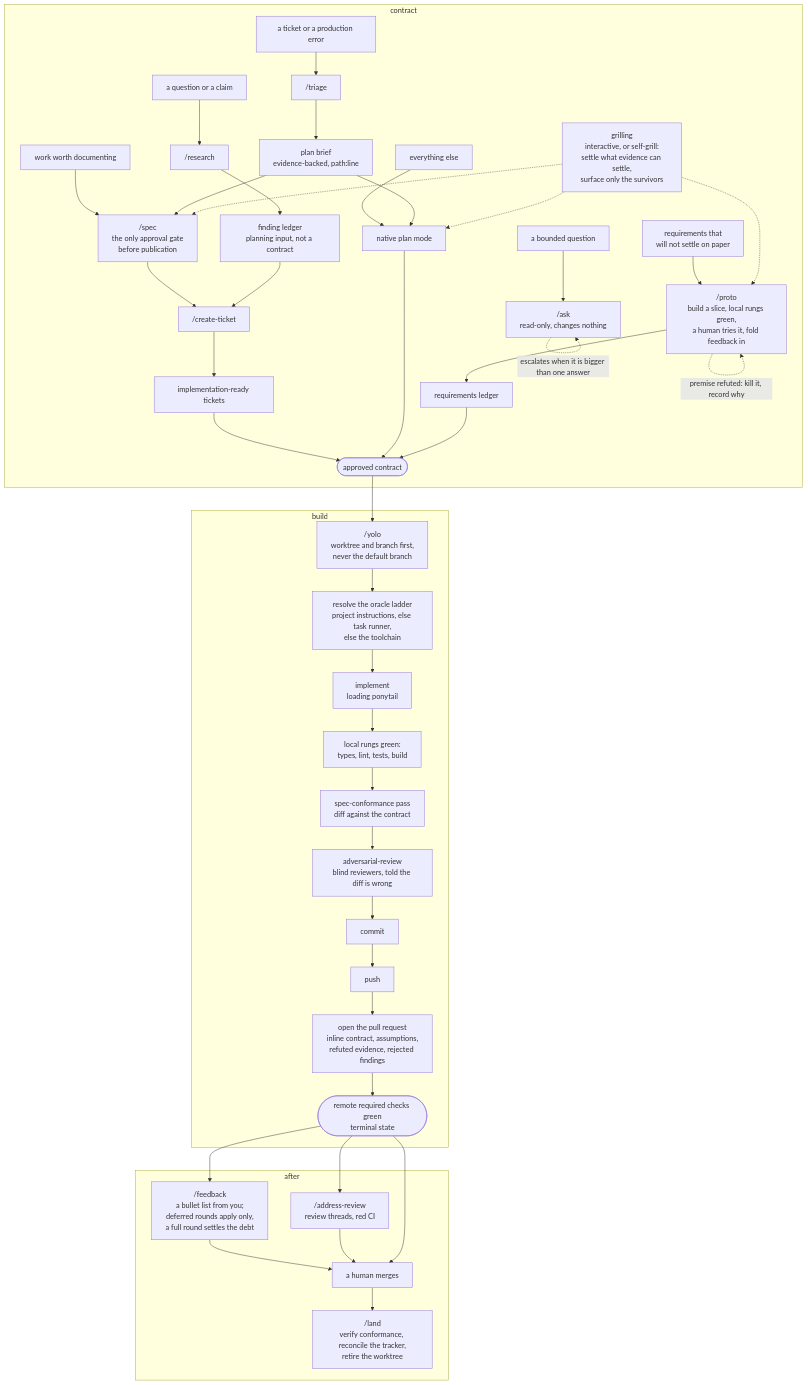
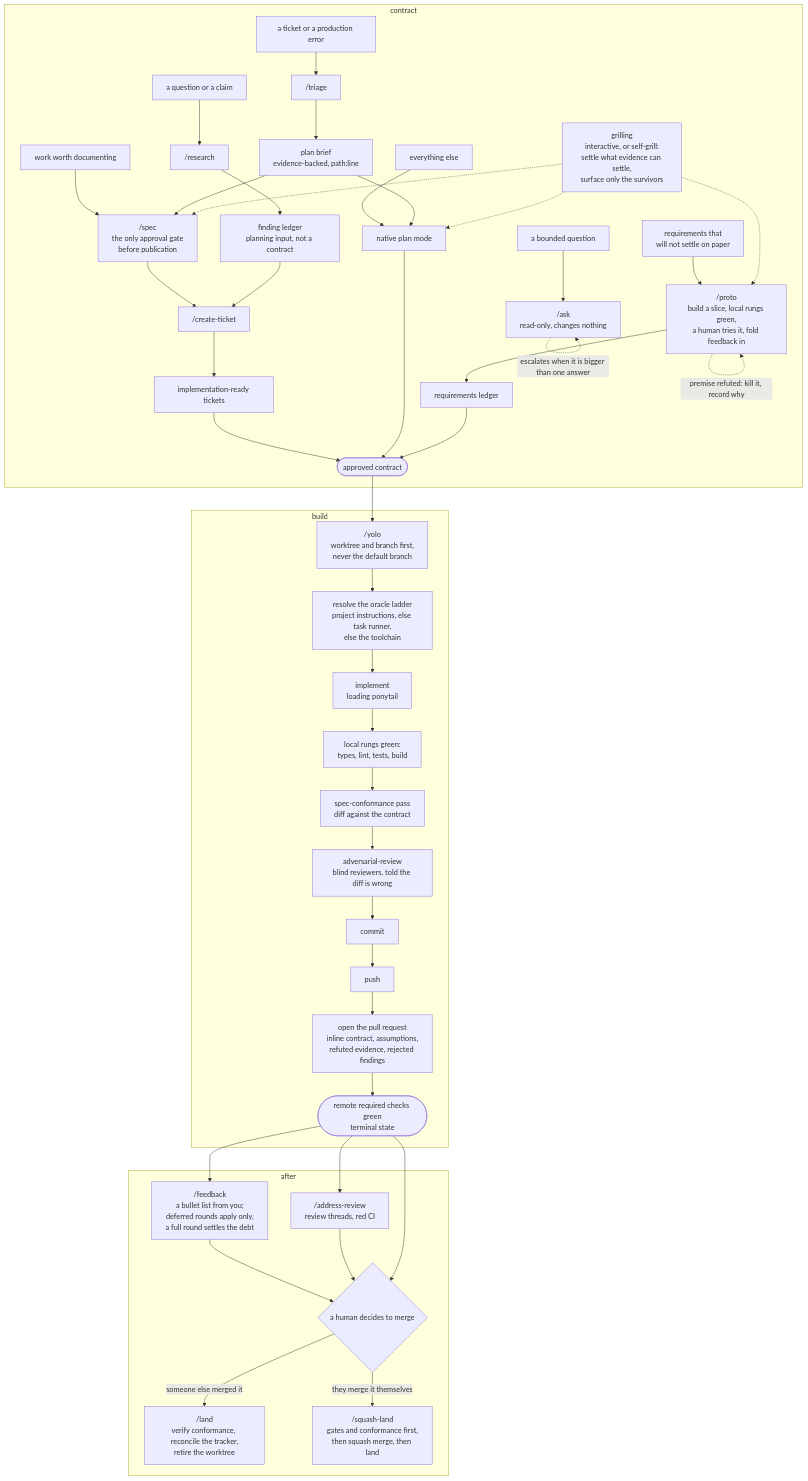
The first of 2 diagrams in harness/README.md (jvillegasd/harness), drawn with Mermaid before and after one commit. The commit also changed other lines of this file and 6 other files, not shown here.

First line of the commit message:
refactor: one status line file per provider, plus the /squash-land command (#11)

````diff
--- a/harness/README.md
+++ b/harness/README.md
@@ -17,55 +17,56 @@
 ```mermaid
 flowchart TD
     subgraph CONTRACT["contract"]
         ask_in["a bounded question"] --> ask["/ask<br>read-only, changes nothing"]
         ask -.->|escalates when it is bigger than one answer| ask
 
         research_in["a question or a claim"] --> research["/research"]
         research --> ledger["finding ledger<br>planning input, not a contract"]
 
         triage_in["a ticket or a production error"] --> triage["/triage"]
         triage --> brief["plan brief<br>evidence-backed, path:line"]
 
         doc_in["work worth documenting"] --> spec["/spec<br>the only approval gate<br>before publication"]
         spec --> createticket["/create-ticket"]
         ledger --> createticket
         createticket --> ticket["implementation-ready tickets"]
 
         proto_in["requirements that<br>will not settle on paper"] --> proto["/proto<br>build a slice, local rungs green,<br>a human tries it, fold feedback in"]
         proto --> protoledger["requirements ledger"]
         proto -.->|premise refuted: kill it, record why| proto
 
         else_in["everything else"] --> plan["native plan mode"]
         brief --> plan
         brief --> spec
 
         grill["grilling<br>interactive, or self-grill:<br>settle what evidence can settle,<br>surface only the survivors"]
         grill -.-> spec
         grill -.-> plan
         grill -.-> proto
 
         ticket --> approval(["approved contract"])
         plan --> approval
         protoledger --> approval
     end
 
     subgraph BUILD["build"]
         approval --> yolo["/yolo<br>worktree and branch first,<br>never the default branch"]
         yolo --> ladder["resolve the oracle ladder<br>project instructions, else task runner,<br>else the toolchain"]
         ladder --> implement["implement<br>loading ponytail"]
         implement --> rungs["local rungs green:<br>types, lint, tests, build"]
         rungs --> conform["spec-conformance pass<br>diff against the contract"]
         conform --> review["adversarial-review<br>blind reviewers, told the diff is wrong"]
         review --> commit["commit"] --> push["push"] --> pr["open the pull request<br>inline contract, assumptions,<br>refuted evidence, rejected findings"]
         pr --> checks(["remote required checks green<br>terminal state"])
     end
 
     subgraph AFTER["after"]
         checks --> feedback["/feedback<br>a bullet list from you;<br>deferred rounds apply only,<br>a full round settles the debt"]
         checks --> addressreview["/address-review<br>review threads, red CI"]
-        feedback --> merge["a human merges"]
+        feedback --> merge{"a human decides to merge"}
         addressreview --> merge
         checks --> merge
-        merge --> land["/land<br>verify conformance, reconcile the tracker,<br>retire the worktree"]
+        merge -->|someone else merged it| land["/land<br>verify conformance, reconcile the tracker,<br>retire the worktree"]
+        merge -->|they merge it themselves| squashland["/squash-land<br>gates and conformance first,<br>then squash merge, then land"]
     end
 ```
````
